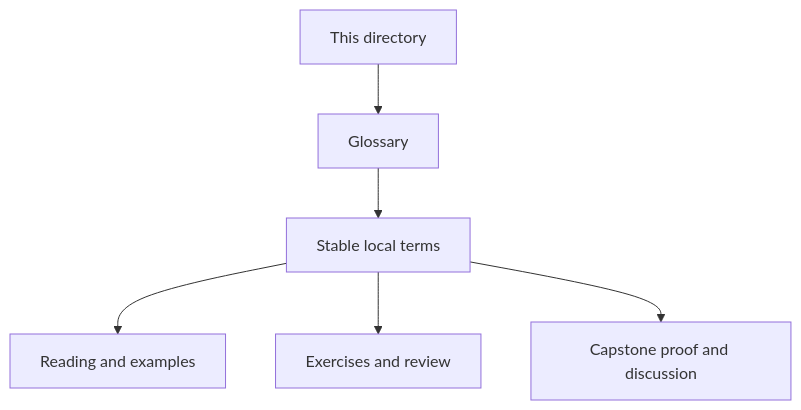
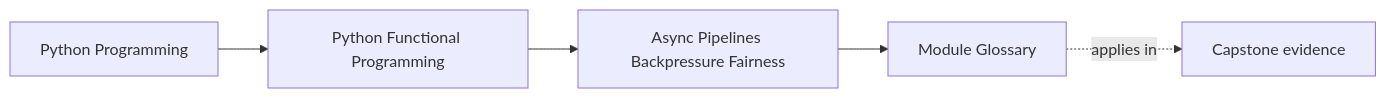
The first of 2 diagrams in programs/python-programming/python-functional-programming/course-book/module-08-async-pipelines-backpressure-fairness/glossary.md (bijux/bijux-masterclass), drawn with Mermaid before and after one commit. The commit also changed other lines of this file and 108 other files, not shown here.

Commit message:
docs(python-functional-programming): map capstone and advanced design surfaces

````diff
--- a/programs/python-programming/python-functional-programming/course-book/module-08-async-pipelines-backpressure-fairness/glossary.md
+++ b/programs/python-programming/python-functional-programming/course-book/module-08-async-pipelines-backpressure-fairness/glossary.md
@@ -6,8 +6,11 @@
 ```mermaid
-flowchart TD
-  directory["This directory"] --> glossary["Glossary"]
-  glossary --> terms["Stable local terms"]
-  terms --> reading["Reading and examples"]
-  terms --> practice["Exercises and review"]
-  terms --> proof["Capstone proof and discussion"]
+graph LR
+  family["Python Programming"]
+  program["Python Functional Programming"]
+  section["Async Pipelines Backpressure Fairness"]
+  page["Module Glossary"]
+  capstone["Capstone evidence"]
+
+  family --> program --> section --> page
+  page -.applies in.-> capstone
 ```
````
